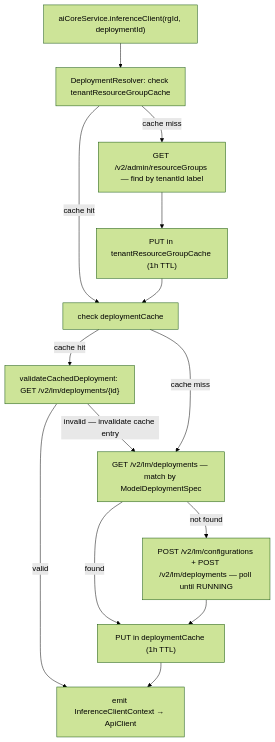
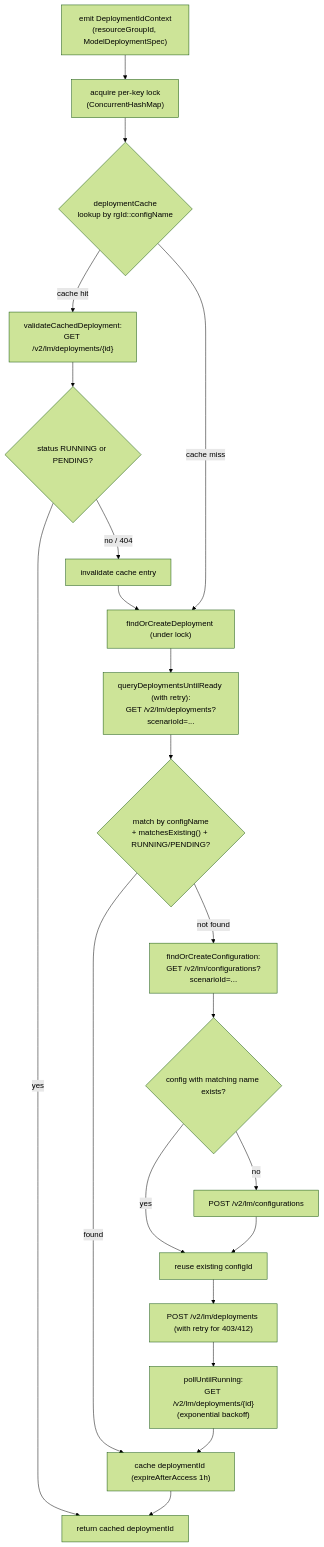
Before and after one commit to cap-java/cds-ai: the second of 3 diagrams in cds-feature-ai-core/docs/architecture.md, drawn with Mermaid (forest theme). The commit also changed other lines of this file and 1 other file, not shown here.

Commit message:
Incorporate Marvins comments

````diff
--- a/cds-feature-ai-core/docs/architecture.md
+++ b/cds-feature-ai-core/docs/architecture.md
@@ -117,16 +136,24 @@
 ```mermaid
 flowchart TD
-    A["aiCoreService.inferenceClient(rgId, deploymentId)"] --> B["DeploymentResolver: check tenantResourceGroupCache"]
-    B -->|cache hit| E["check deploymentCache"]
-    B -->|cache miss| C["GET /v2/admin/resourceGroups — find by tenantId label"]
-    C --> D["PUT in tenantResourceGroupCache (1h TTL)"]
-    D --> E
-    E -->|cache hit| V["validateCachedDeployment: GET /v2/lm/deployments/{id}"]
-    V -->|valid| H["emit InferenceClientContext → ApiClient"]
-    V -->|invalid — invalidate cache entry| F
-    E -->|cache miss| F["GET /v2/lm/deployments — match by ModelDeploymentSpec"]
-    F -->|not found| G["POST /v2/lm/configurations + POST /v2/lm/deployments — poll until RUNNING"]
-    F -->|found| I["PUT in deploymentCache (1h TTL)"]
-    G --> I
-    I --> H
+    B1["emit DeploymentIdContext<br>(resourceGroupId, ModelDeploymentSpec)"]
+    B1 --> B2["acquire per-key lock<br>(ConcurrentHashMap)"]
+    B2 --> B3{"deploymentCache<br>lookup by rgId::configName"}
+    B3 -->|cache hit| B4["validateCachedDeployment:<br>GET /v2/lm/deployments/{id}"]
+    B4 --> B5{"status RUNNING or PENDING?"}
+    B5 -->|yes| B6["return cached deploymentId"]
+    B5 -->|no / 404| B7["invalidate cache entry"]
+    B7 --> B8
+    B3 -->|cache miss| B8["findOrCreateDeployment (under lock)"]
+    B8 --> B9["queryDeploymentsUntilReady (with retry):<br>GET /v2/lm/deployments?scenarioId=..."]
+    B9 --> B10{"match by configName<br>+ matchesExisting() + RUNNING/PENDING?"}
+    B10 -->|found| B11["cache deploymentId (expireAfterAccess 1h)"]
+    B10 -->|not found| B12["findOrCreateConfiguration:<br>GET /v2/lm/configurations?scenarioId=..."]
+    B12 --> B13{"config with matching name exists?"}
+    B13 -->|yes| B14["reuse existing configId"]
+    B13 -->|no| B15["POST /v2/lm/configurations"]
+    B15 --> B14
+    B14 --> B16["POST /v2/lm/deployments (with retry for 403/412)"]
+    B16 --> B17["pollUntilRunning:<br>GET /v2/lm/deployments/{id}<br>(exponential backoff)"]
+    B17 --> B11
+    B11 --> B6
 ```
````
